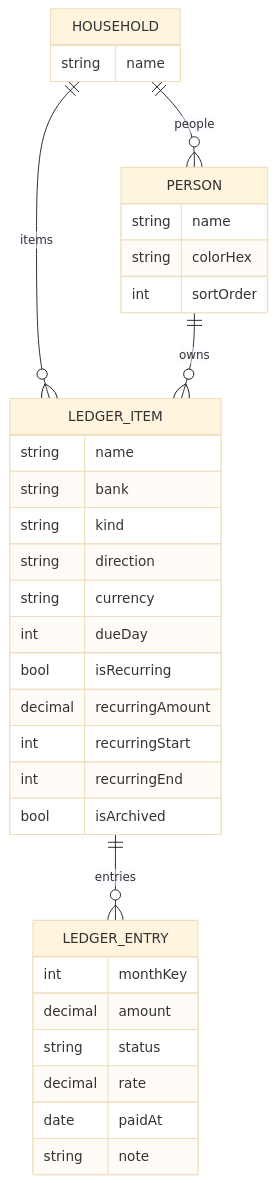
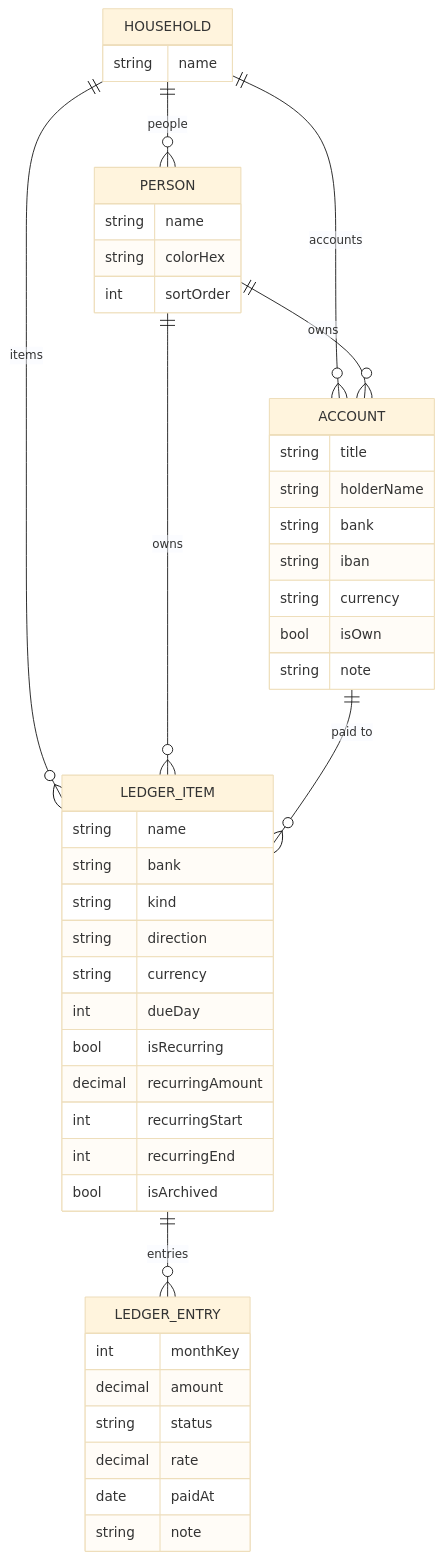
Before and after one commit to yakupad/Ciki: the diagram in README.md, drawn with Mermaid (base theme). The commit also changed other lines of this file and 15 other files, not shown here.

First line of the commit message:
Add IBAN account directory and normalize bank names

````diff
--- a/README.md
+++ b/README.md
@@ -96,11 +97,15 @@
 ```mermaid
 erDiagram
   HOUSEHOLD ||--o{ PERSON : people
   HOUSEHOLD ||--o{ LEDGER_ITEM : items
   PERSON ||--o{ LEDGER_ITEM : owns
   LEDGER_ITEM ||--o{ LEDGER_ENTRY : entries
+  HOUSEHOLD ||--o{ ACCOUNT : accounts
+  PERSON ||--o{ ACCOUNT : owns
+  ACCOUNT ||--o{ LEDGER_ITEM : "paid to"
   HOUSEHOLD { string name }
   PERSON { string name  string colorHex  int sortOrder }
   LEDGER_ITEM { string name  string bank  string kind  string direction  string currency  int dueDay  bool isRecurring  decimal recurringAmount  int recurringStart  int recurringEnd  bool isArchived }
   LEDGER_ENTRY { int monthKey  decimal amount  string status  decimal rate  date paidAt  string note }
+  ACCOUNT { string title  string holderName  string bank  string iban  string currency  bool isOwn  string note }
 ```
````
